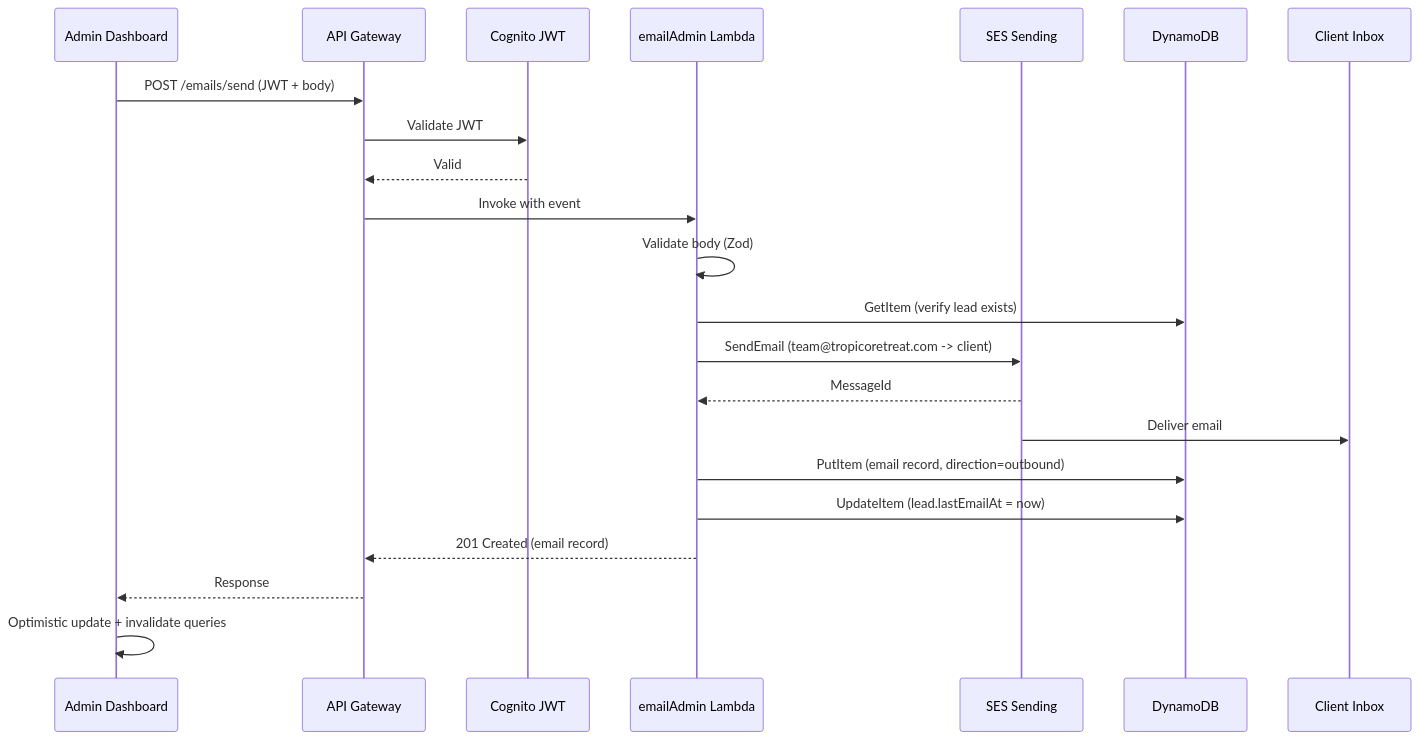
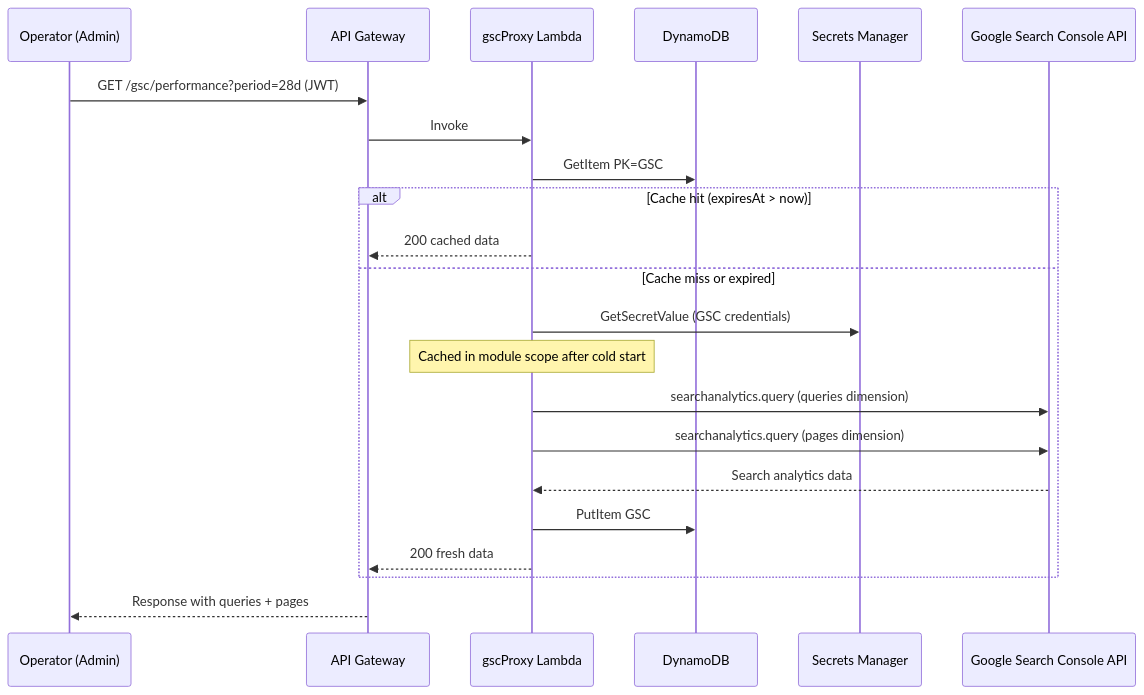
The fourth of 6 diagrams in .greenlight/ROADMAP.md (atlantic-blue/tropicoretreats), drawn with Mermaid before and after one commit. The commit also changed other lines of this file and 13 other files, not shown here.

````diff
--- a/.greenlight/ROADMAP.md
+++ b/.greenlight/ROADMAP.md
@@ -138,29 +183,26 @@
 ```mermaid
 sequenceDiagram
-    participant UI as Admin Dashboard
+    participant Op as Operator (Admin)
     participant APIGW as API Gateway
-    participant Auth as Cognito JWT
-    participant Lambda as emailAdmin Lambda
-    participant SES as SES Sending
+    participant Lambda as gscProxy Lambda
     participant DDB as DynamoDB
-    participant Client as Client Inbox
+    participant SM as Secrets Manager
+    participant GSC as Google Search Console API
 
-    UI->>APIGW: POST /emails/send (JWT + body)
-    APIGW->>Auth: Validate JWT
-    Auth-->>APIGW: Valid
-    APIGW->>Lambda: Invoke with event
+    Op->>APIGW: GET /gsc/performance?period=28d (JWT)
+    APIGW->>Lambda: Invoke
 
-    Lambda->>Lambda: Validate body (Zod)
-    Lambda->>DDB: GetItem (verify lead exists)
-
-    Lambda->>SES: SendEmail (team@tropicoretreat.com -> client)
-    SES-->>Lambda: MessageId
-    SES->>Client: Deliver email
-
-    Lambda->>DDB: PutItem (email record, direction=outbound)
-    Lambda->>DDB: UpdateItem (lead.lastEmailAt = now)
-    Lambda-->>APIGW: 201 Created (email record)
-    APIGW-->>UI: Response
-
-    UI->>UI: Optimistic update + invalidate queries
+    Lambda->>DDB: GetItem PK=GSC#CACHE SK=GSC#performance#28d
+    alt Cache hit (expiresAt > now)
+        Lambda-->>APIGW: 200 cached data
+    else Cache miss or expired
+        Lambda->>SM: GetSecretValue (GSC credentials)
+        Note over Lambda: Cached in module scope after cold start
+        Lambda->>GSC: searchanalytics.query (queries dimension)
+        Lambda->>GSC: searchanalytics.query (pages dimension)
+        GSC-->>Lambda: Search analytics data
+        Lambda->>DDB: PutItem GSC#CACHE (expiresAt = now + 6h)
+        Lambda-->>APIGW: 200 fresh data
+    end
+    APIGW-->>Op: Response with queries + pages
 ```
````
